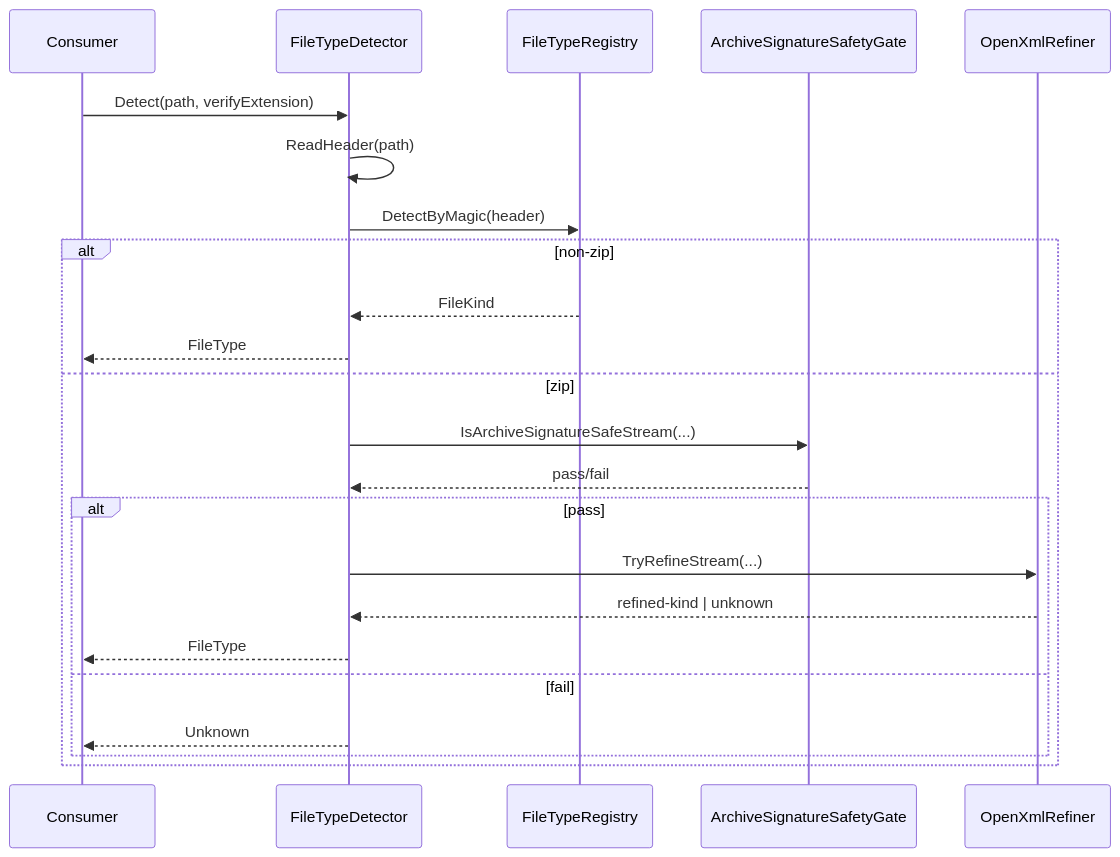
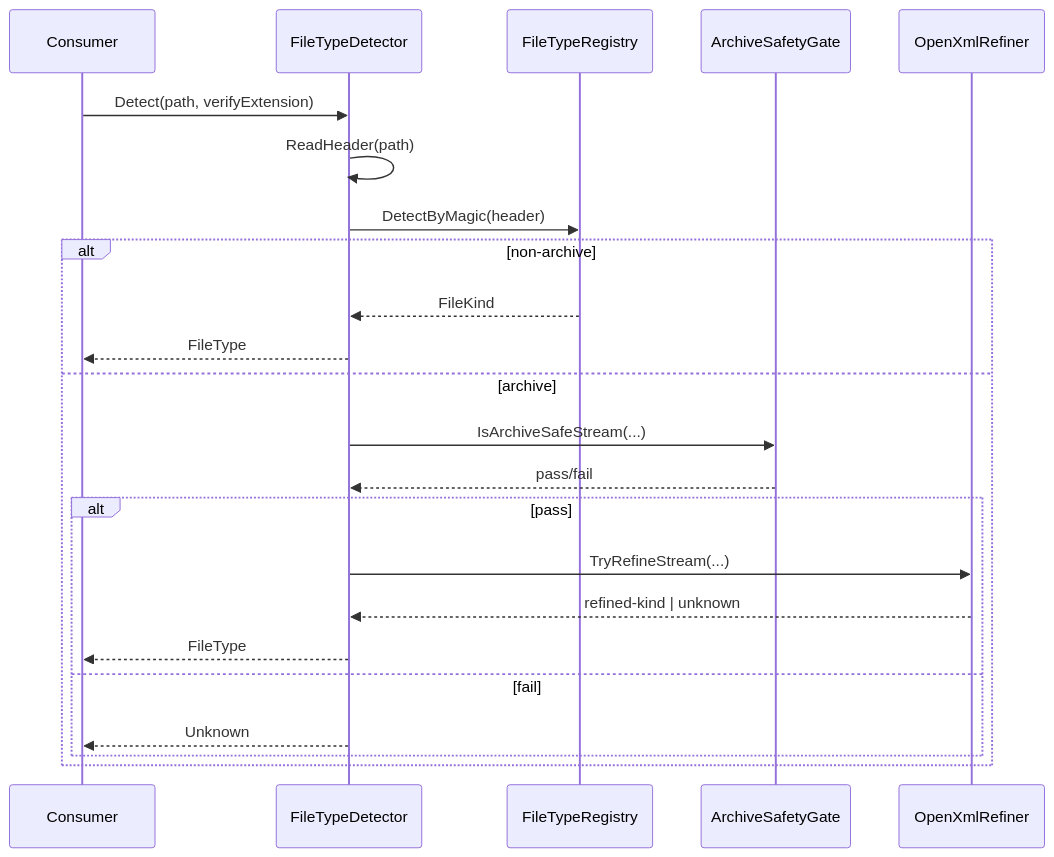
Before and after one commit to tomtastisch/FileClassifier: the fifth of 9 diagrams in docs/02_ARCHITECTURE_AND_FLOWS.md, drawn with Mermaid. The commit also changed other lines of this file and 10 other files, not shown here.

Commit message:
refactor: konsolidiere archive-entry flow und haerte hash optionen

````diff
--- a/docs/02_ARCHITECTURE_AND_FLOWS.md
+++ b/docs/02_ARCHITECTURE_AND_FLOWS.md
@@ -204,28 +204,28 @@
 ```mermaid
 sequenceDiagram
   participant Caller as Consumer
   participant API as FileTypeDetector
   participant REG as FileTypeRegistry
-  participant GATE as ArchiveSignatureSafetyGate
+  participant GATE as ArchiveSafetyGate
   participant REF as OpenXmlRefiner
 
   Caller->>API: Detect(path, verifyExtension)
   API->>API: ReadHeader(path)
   API->>REG: DetectByMagic(header)
 
-  alt non-zip
+  alt non-archive
     REG-->>API: FileKind
     API-->>Caller: FileType
-  else zip
-    API->>GATE: IsArchiveSignatureSafeStream(...)
+  else archive
+    API->>GATE: IsArchiveSafeStream(...)
     GATE-->>API: pass/fail
 
     alt pass
       API->>REF: TryRefineStream(...)
       REF-->>API: refined-kind | unknown
       API-->>Caller: FileType
     else fail
       API-->>Caller: Unknown
     end
   end
 ```
````
